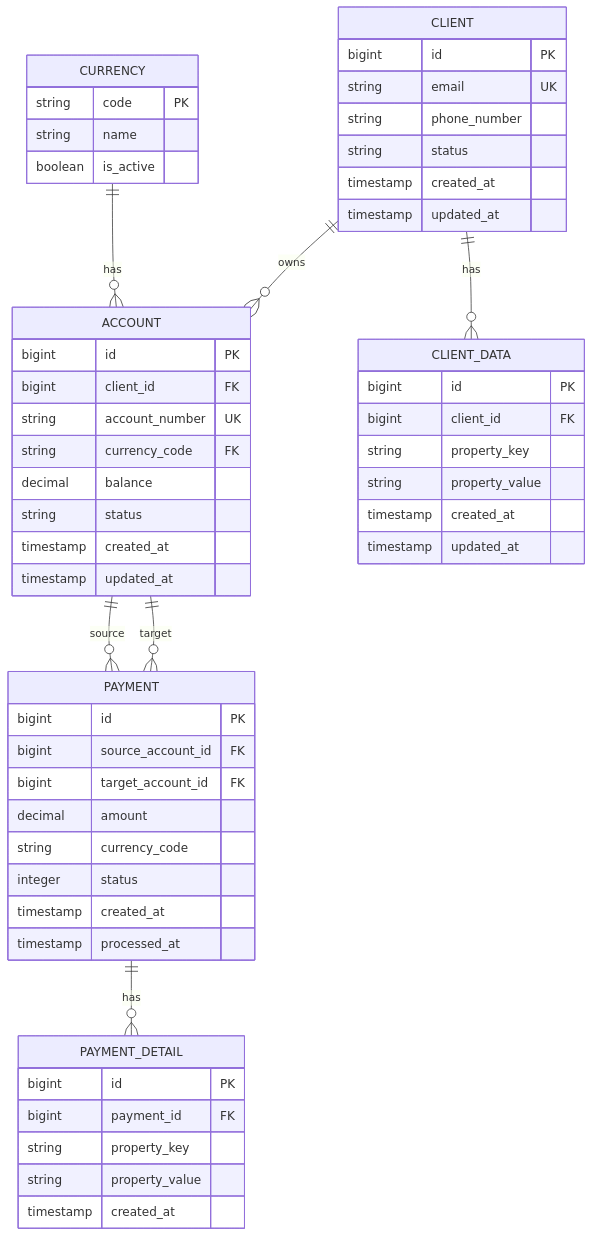
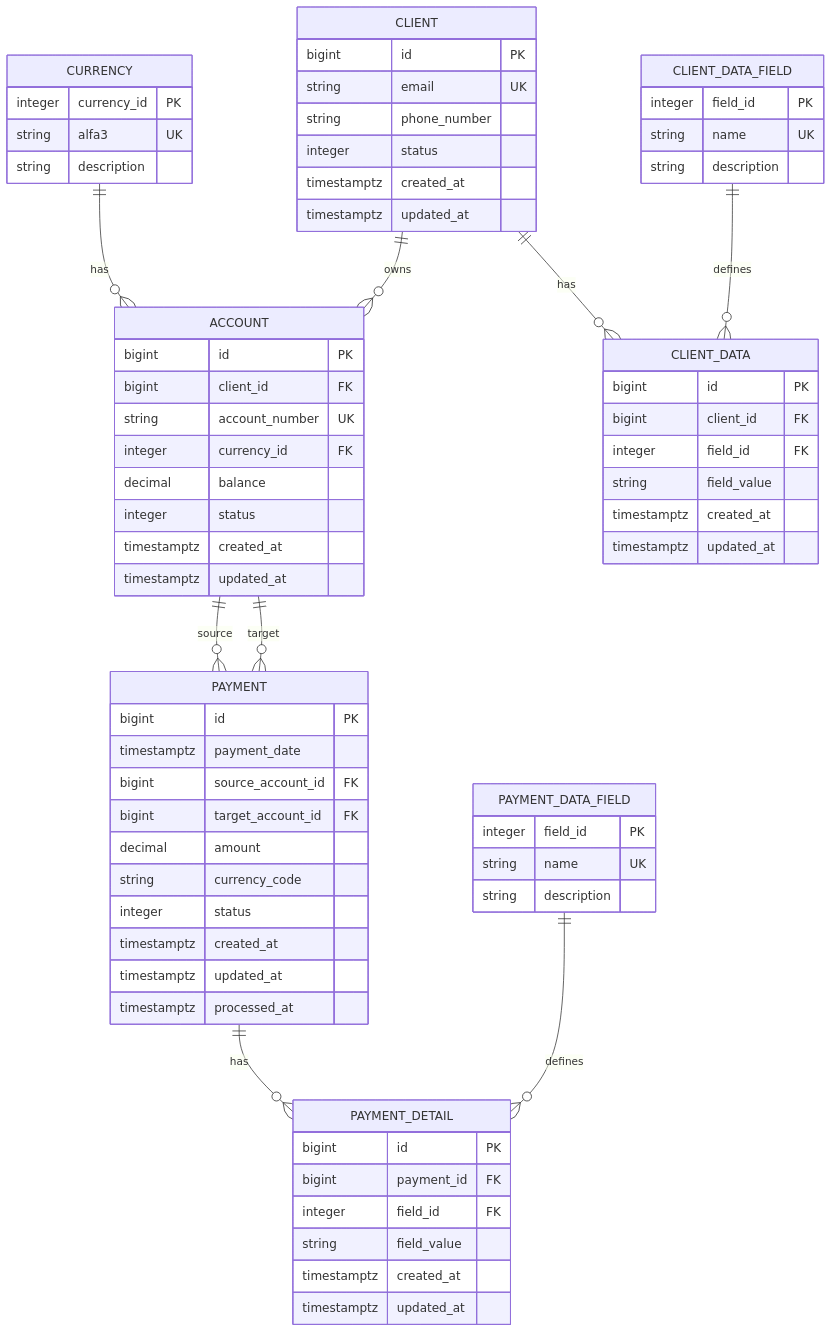
Before and after one commit to kivilev/backend-pro-java-for-devs: the diagram in payment-processing-project/README.md, drawn with Mermaid. The commit also changed other lines of this file, not shown here.

````diff
--- a/payment-processing-project/README.md
+++ b/payment-processing-project/README.md
@@ -26,63 +26,80 @@
 ```mermaid
 erDiagram
     CURRENCY ||--o{ ACCOUNT : "has"
     CLIENT ||--o{ CLIENT_DATA : "has"
     CLIENT ||--o{ ACCOUNT : "owns"
+    CLIENT_DATA_FIELD ||--o{ CLIENT_DATA : "defines"
     ACCOUNT ||--o{ PAYMENT : "source"
     ACCOUNT ||--o{ PAYMENT : "target"
     PAYMENT ||--o{ PAYMENT_DETAIL : "has"
+    PAYMENT_DATA_FIELD ||--o{ PAYMENT_DETAIL : "defines"
 
     CURRENCY {
-        string code PK
-        string name
-        boolean is_active
+        integer currency_id PK
+        string alfa3 UK
+        string description
+    }
+
+    CLIENT_DATA_FIELD {
+        integer field_id PK
+        string name UK
+        string description
     }
 
     CLIENT {
         bigint id PK
         string email UK
         string phone_number
-        string status
-        timestamp created_at
-        timestamp updated_at
+        integer status
+        timestamptz created_at
+        timestamptz updated_at
     }
 
     CLIENT_DATA {
         bigint id PK
         bigint client_id FK
-        string property_key
-        string property_value
-        timestamp created_at
-        timestamp updated_at
+        integer field_id FK
+        string field_value
+        timestamptz created_at
+        timestamptz updated_at
     }
 
     ACCOUNT {
         bigint id PK
         bigint client_id FK
         string account_number UK
-        string currency_code FK
+        integer currency_id FK
         decimal balance
-        string status
-        timestamp created_at
-        timestamp updated_at
+        integer status
+        timestamptz created_at
+        timestamptz updated_at
+    }
+
+    PAYMENT_DATA_FIELD {
+        integer field_id PK
+        string name UK
+        string description
     }
 
     PAYMENT {
         bigint id PK
+        timestamptz payment_date
         bigint source_account_id FK
         bigint target_account_id FK
         decimal amount
         string currency_code
         integer status
-        timestamp created_at
-        timestamp processed_at
+        timestamptz created_at
+        timestamptz updated_at
+        timestamptz processed_at
     }
 
     PAYMENT_DETAIL {
         bigint id PK
         bigint payment_id FK
-        string property_key
-        string property_value
-        timestamp created_at
+        integer field_id FK
+        string field_value
+        timestamptz created_at
+        timestamptz updated_at
     }
 ```
````
